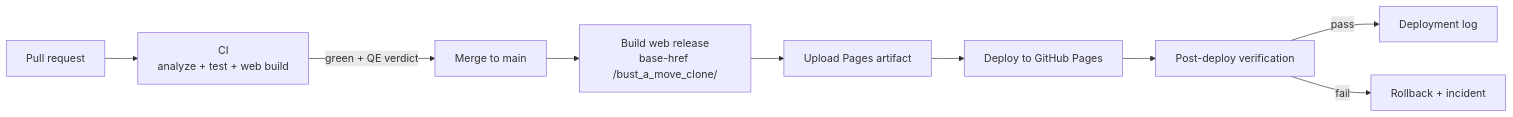
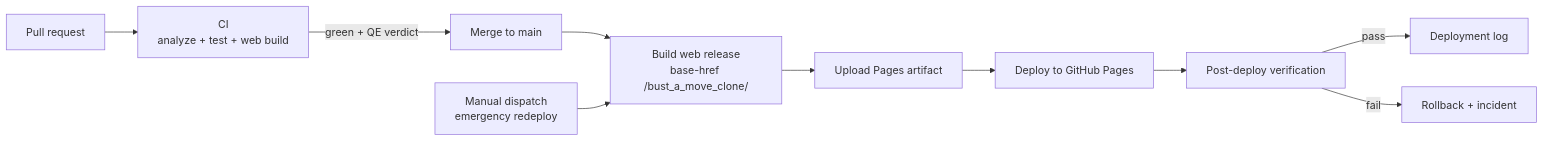
The diagram in docs/ops/deployment.md (y0n1/bust_a_move_clone), drawn with Mermaid before and after one commit. The commit also changed other lines of this file and 2 other files, not shown here.

First line of the commit message:
ci(ops): allow manual redeploy of any ref for rollback (OPS-2)

````diff
--- a/docs/ops/deployment.md
+++ b/docs/ops/deployment.md
@@ -49,11 +49,12 @@
 ```mermaid
 flowchart LR
     PR[Pull request] --> CI[CI<br/>analyze + test + web build]
     CI -->|green + QE verdict| MERGE[Merge to main]
     MERGE --> BUILD[Build web release<br/>base-href /bust_a_move_clone/]
+    MANUAL[Manual dispatch<br/>emergency redeploy] --> BUILD
     BUILD --> UPLOAD[Upload Pages artifact]
     UPLOAD --> DEPLOY[Deploy to GitHub Pages]
     DEPLOY --> VERIFY[Post-deploy verification]
     VERIFY -->|pass| LOG[Deployment log]
     VERIFY -->|fail| ROLLBACK[Rollback + incident]
 ```
````
